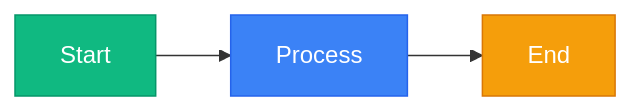
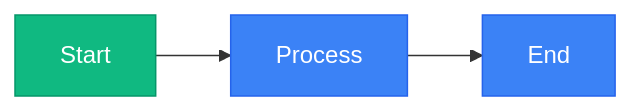
One commit to marcusquinn/aidevops changed the third of 8 diagrams in .agents/tools/diagrams/mermaid-diagrams-skill/references/ADVANCED.md. Above: the diagram before and after it, drawn with Mermaid. The commit also changed other lines of this file, not shown here.

First line of the commit message:
docs(t9355): tighten mermaid ADVANCED.md from 479 to 244 lines

````diff
--- a/.agents/tools/diagrams/mermaid-diagrams-skill/references/ADVANCED.md
+++ b/.agents/tools/diagrams/mermaid-diagrams-skill/references/ADVANCED.md
@@ -160,8 +99,11 @@
 ```mermaid
 flowchart LR
     A[Start]:::success --> B[Process]:::info --> C[End]:::warning
+    class A,D success
+    class B,C info
 
     classDef success fill:#10b981,stroke:#059669,color:white
     classDef info fill:#3b82f6,stroke:#2563eb,color:white
     classDef warning fill:#f59e0b,stroke:#d97706,color:white
+    classDef default fill:#f8fafc,stroke:#cbd5e1
 ```
````
